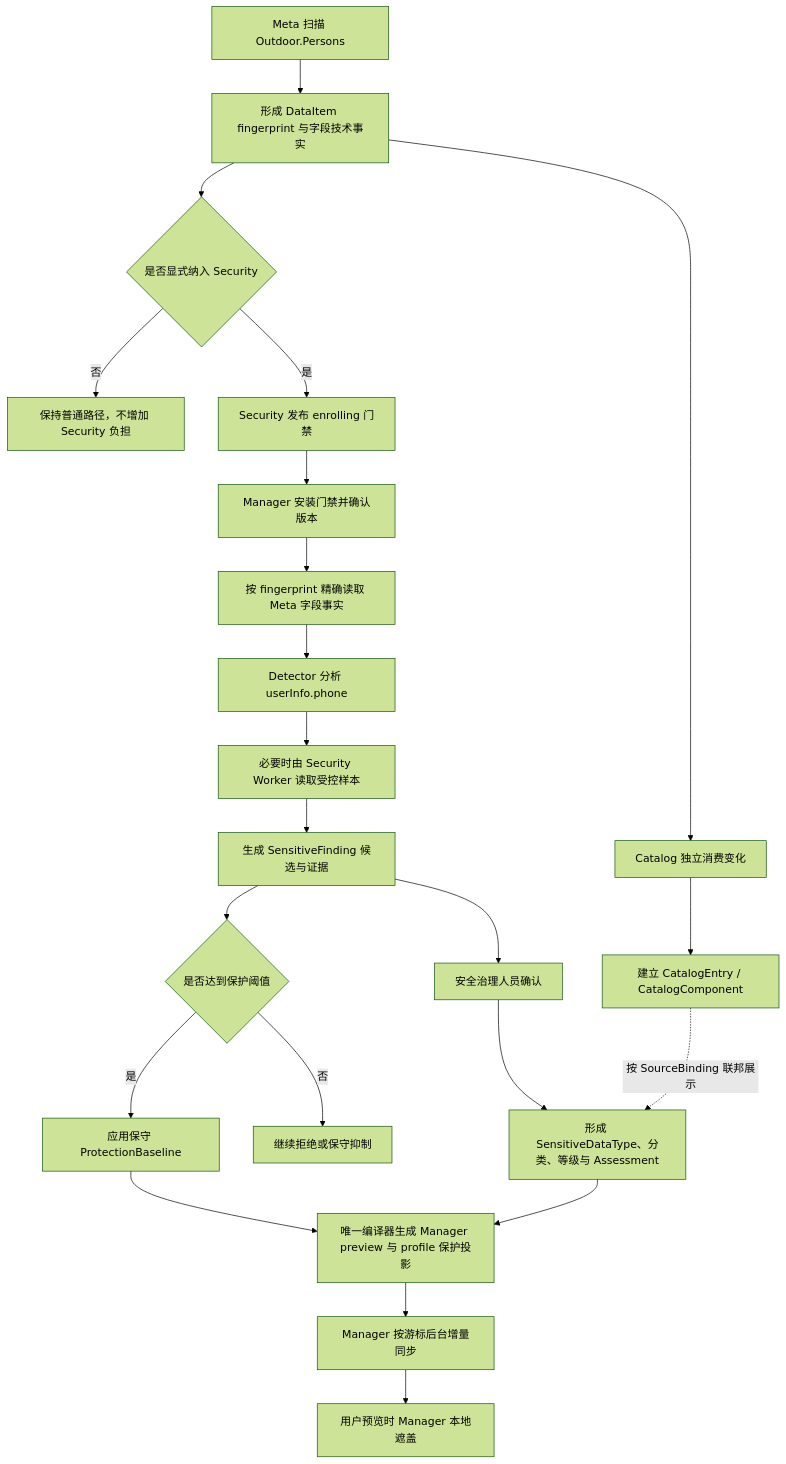
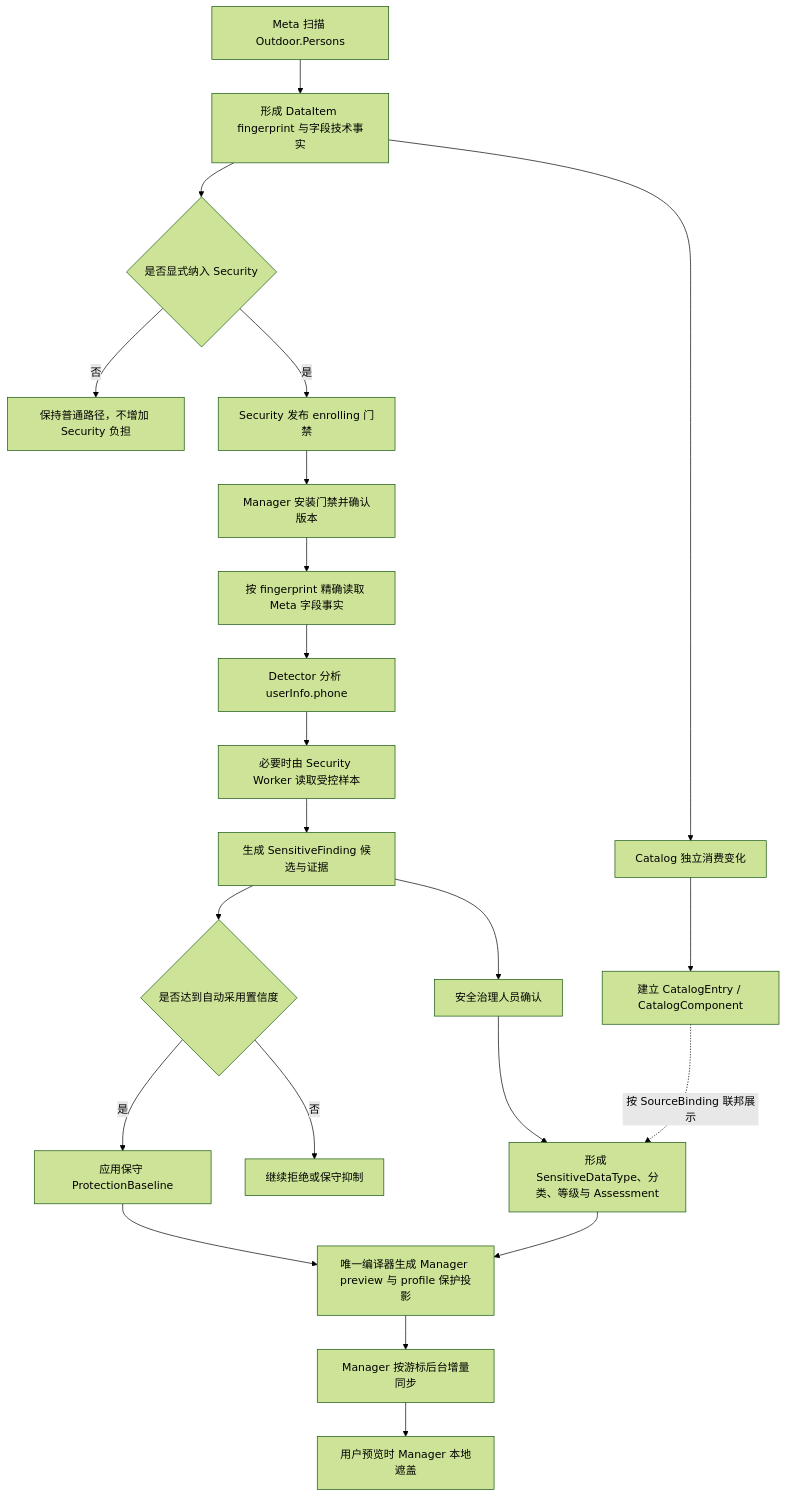
The second of 2 diagrams in docs/next/ADDP数据安全与隐私保护体系专题.md (pampa0629/addp), drawn with Mermaid (forest theme) before and after one commit. The commit also changed other lines of this file and 336 other files, not shown here.

````diff
--- a/docs/next/ADDP数据安全与隐私保护体系专题.md
+++ b/docs/next/ADDP数据安全与隐私保护体系专题.md
@@ -323,24 +323,24 @@
 ```mermaid
 flowchart TD
     Meta[Meta 扫描 Outdoor.Persons] --> Facts[形成 DataItem fingerprint 与字段技术事实]
     Facts --> Catalog[Catalog 独立消费变化]
     Catalog --> Entry[建立 CatalogEntry / CatalogComponent]
     Facts --> Enrolled{是否显式纳入 Security}
     Enrolled -->|否| Stop[保持普通路径，不增加 Security 负担]
     Enrolled -->|是| Gate[Security 发布 enrolling 门禁]
     Gate --> GateSync[Manager 安装门禁并确认版本]
     GateSync --> ReadFacts[按 fingerprint 精确读取 Meta 字段事实]
     ReadFacts --> Detect[Detector 分析 userInfo.phone]
     Detect --> Sample[必要时由 Security Worker 读取受控样本]
     Sample --> Finding[生成 SensitiveFinding 候选与证据]
-    Finding --> Threshold{是否达到保护阈值}
+    Finding --> Threshold{是否达到自动采用置信度}
     Threshold -->|是| Baseline[应用保守 ProtectionBaseline]
     Threshold -->|否| Suppress[继续拒绝或保守抑制]
     Finding --> Confirm[安全治理人员确认]
     Confirm --> Assessment[形成 SensitiveDataType、分类、等级与 Assessment]
     Baseline --> Compile[唯一编译器生成 Manager preview 与 profile 保护投影]
     Assessment --> Compile
     Compile --> Sync[Manager 按游标后台增量同步]
     Sync --> Execute[用户预览时 Manager 本地遮盖]
     Entry -. 按 SourceBinding 联邦展示 .-> Assessment
 ```
````
